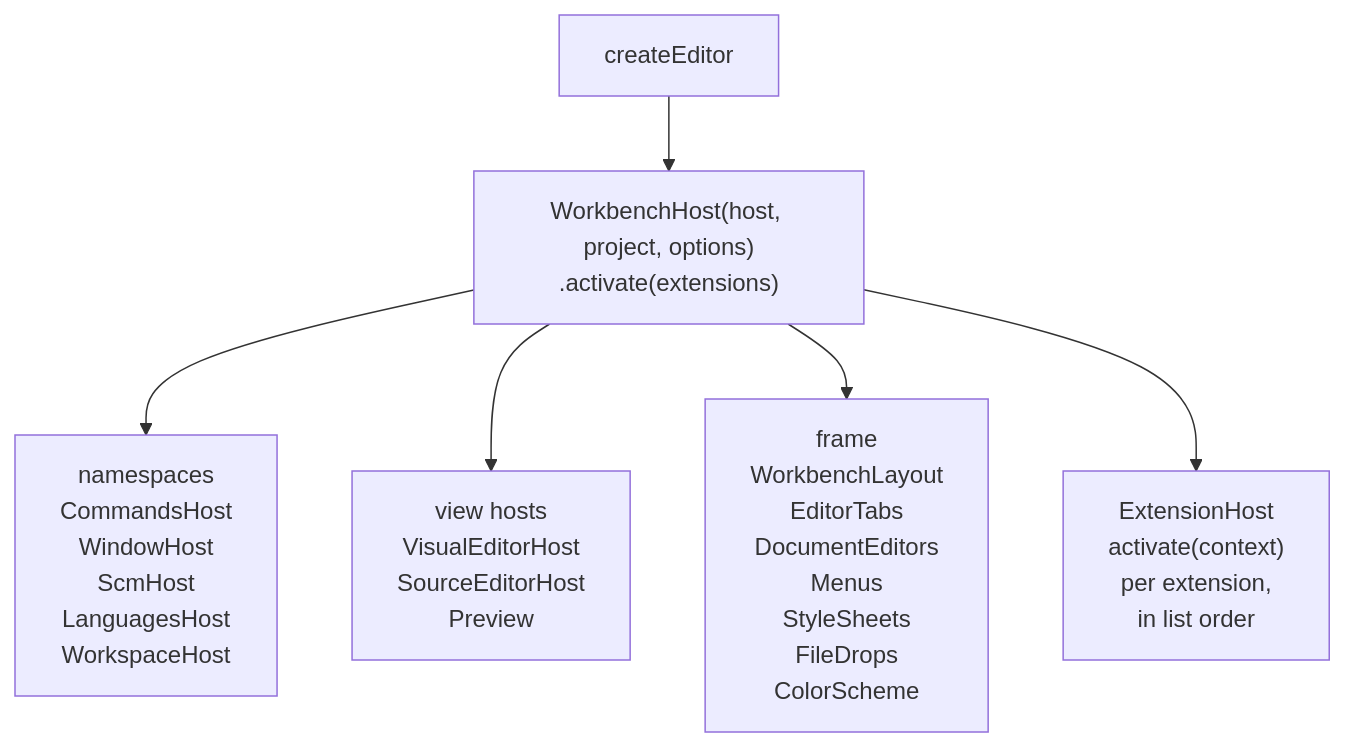
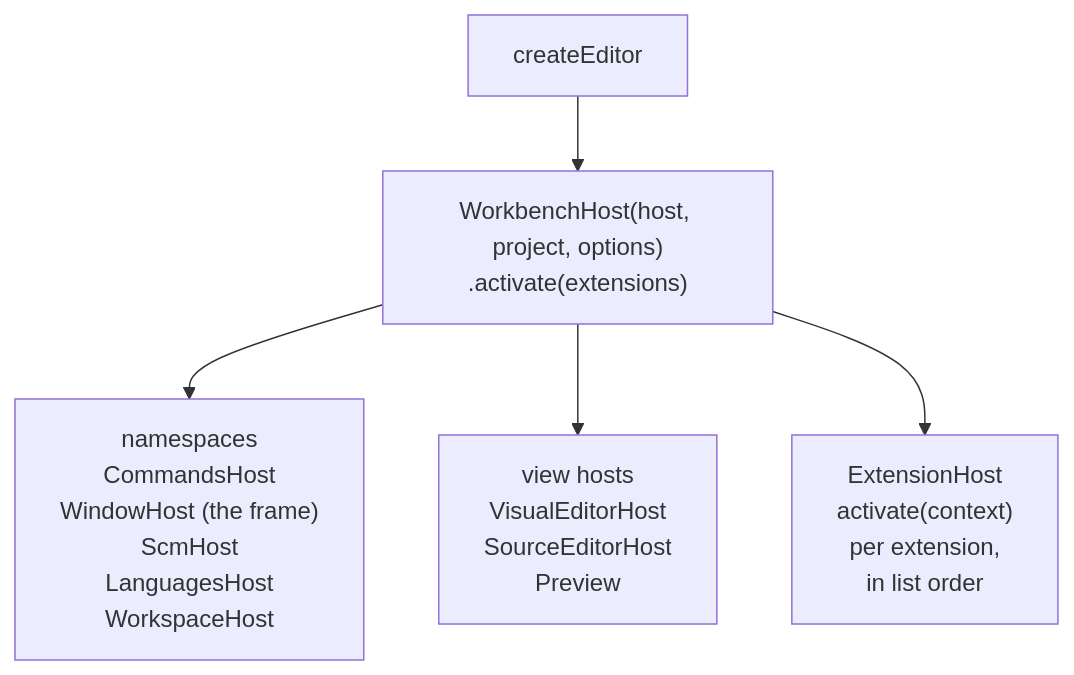
The diagram in docs/diagrams/workbench-composition.mmd (sandstorm/zwiebelfisch), drawn with Mermaid before and after one commit. The commit also changed 135 other files, not shown here.

```diff
--- a/docs/diagrams/workbench-composition.mmd
+++ b/docs/diagrams/workbench-composition.mmd
@@ -1,25 +1,17 @@
 flowchart TD
   create["createEditor"] --> host["`WorkbenchHost(host, project, options)
   .activate(extensions)`"]
   host --> namespaces["`namespaces
   CommandsHost
-  WindowHost
+  WindowHost (the frame)
   ScmHost
   LanguagesHost
   WorkspaceHost`"]
   host --> views["`view hosts
   VisualEditorHost
   SourceEditorHost
   Preview`"]
-  host --> frame["`frame
-  WorkbenchLayout
-  EditorTabs
-  DocumentEditors
-  Menus
-  StyleSheets
-  FileDrops
-  ColorScheme`"]
   host --> extensions["`ExtensionHost
   activate(context)
   per extension,
   in list order`"]
```
